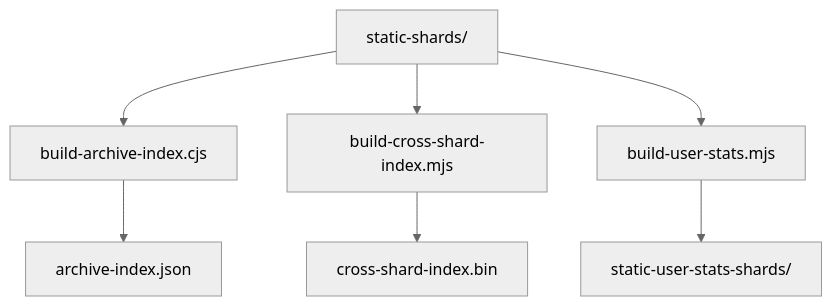
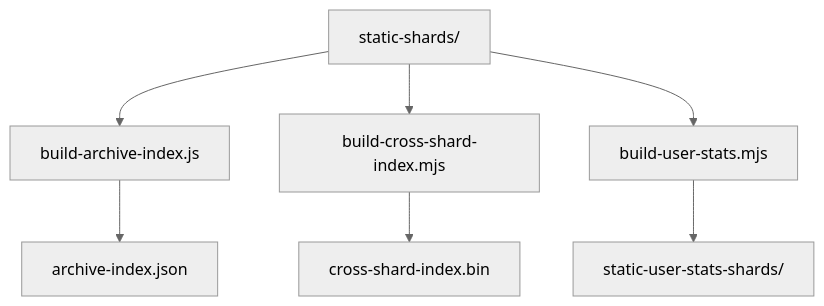
Before and after one commit to DOSAYGO-STUDIO/static-news: the second of 2 diagrams in README.md, drawn with Mermaid (neutral theme). The commit also changed other lines of this file and 3 other files, not shown here.

````diff
--- a/README.md
+++ b/README.md
@@ -201,10 +201,10 @@
 ```mermaid
 graph TD
-  Shards[static-shards/] --> Archive[build-archive-index.cjs]
+  Shards[static-shards/] --> Archive[build-archive-index.js]
   Shards --> Cross[build-cross-shard-index.mjs]
   Shards --> UserStats[build-user-stats.mjs]
   
   Archive --> ArchiveIdx[archive-index.json]
   Cross --> CrossIdx[cross-shard-index.bin]
   UserStats --> UserIdx[static-user-stats-shards/]
 ```
````
